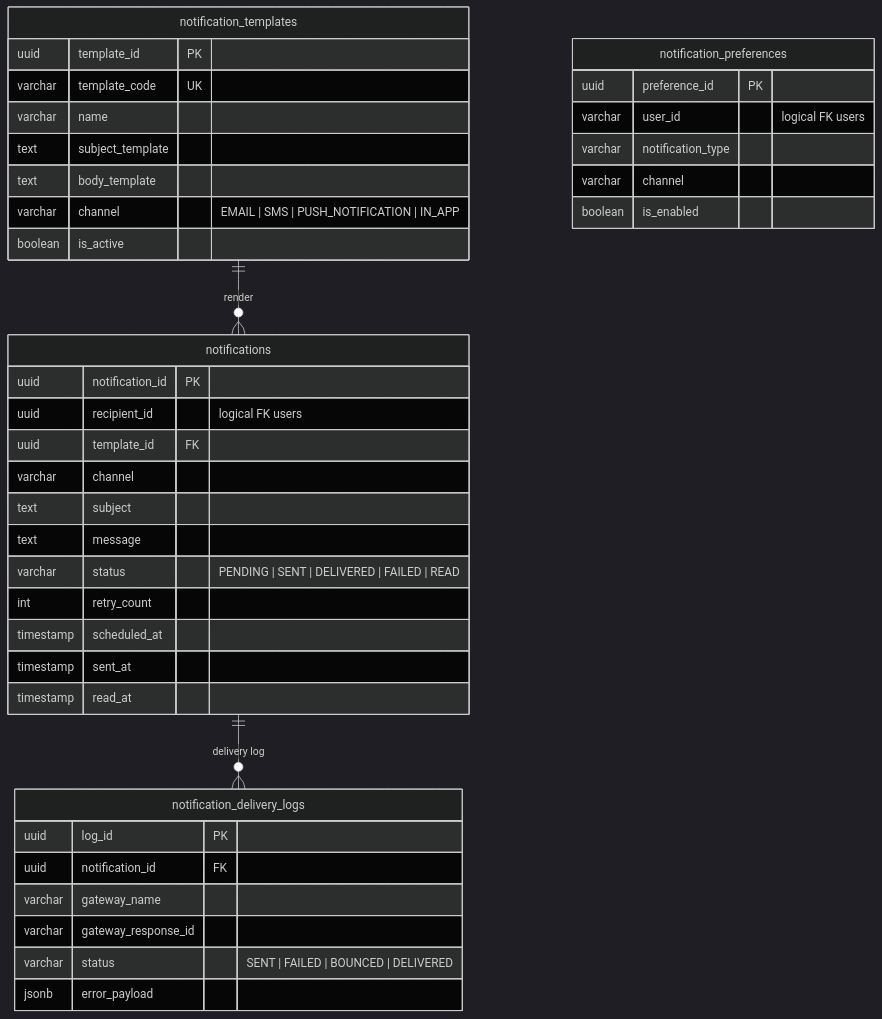
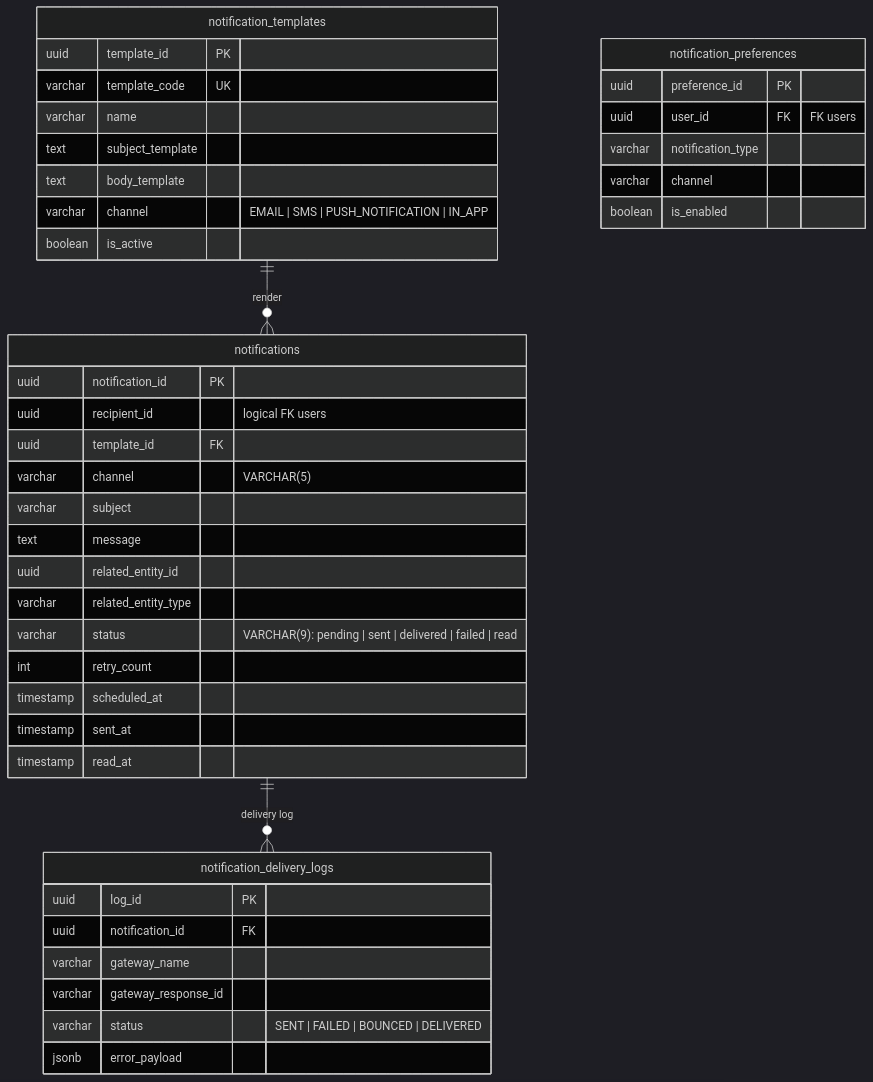
Before and after one commit to LTPPPP/Smart-Medical-Intelligent-Ledger-for-E-health-S.M.I.L.E-: the fourth of 9 diagrams in docs/architecture/erd.md, drawn with Mermaid (dark theme). The commit also changed other lines of this file and 4 other files, not shown here.

First line of the commit message:
update : refresh ERD diagrams and architecture doc to match schemas

````diff
--- a/docs/architecture/erd.md
+++ b/docs/architecture/erd.md
@@ -212,43 +217,45 @@
 ```mermaid
 erDiagram
     notification_templates ||--o{ notifications : "render"
     notifications ||--o{ notification_delivery_logs : "delivery log"
 
     notification_templates {
         uuid template_id PK
         varchar template_code UK
         varchar name
         text subject_template
         text body_template
         varchar channel "EMAIL | SMS | PUSH_NOTIFICATION | IN_APP"
         boolean is_active
     }
     notifications {
         uuid notification_id PK
         uuid recipient_id "logical FK users"
         uuid template_id FK
-        varchar channel
-        text subject
+        varchar channel "VARCHAR(5)"
+        varchar subject
         text message
-        varchar status "PENDING | SENT | DELIVERED | FAILED | READ"
+        uuid related_entity_id
+        varchar related_entity_type
+        varchar status "VARCHAR(9): pending | sent | delivered | failed | read"
         int retry_count
         timestamp scheduled_at
         timestamp sent_at
         timestamp read_at
     }
     notification_delivery_logs {
         uuid log_id PK
         uuid notification_id FK
         varchar gateway_name
         varchar gateway_response_id
         varchar status "SENT | FAILED | BOUNCED | DELIVERED"
         jsonb error_payload
     }
     notification_preferences {
         uuid preference_id PK
-        varchar user_id "logical FK users"
+        uuid user_id FK "FK users"
         varchar notification_type
         varchar channel
         boolean is_enabled
     }
 ```
````
